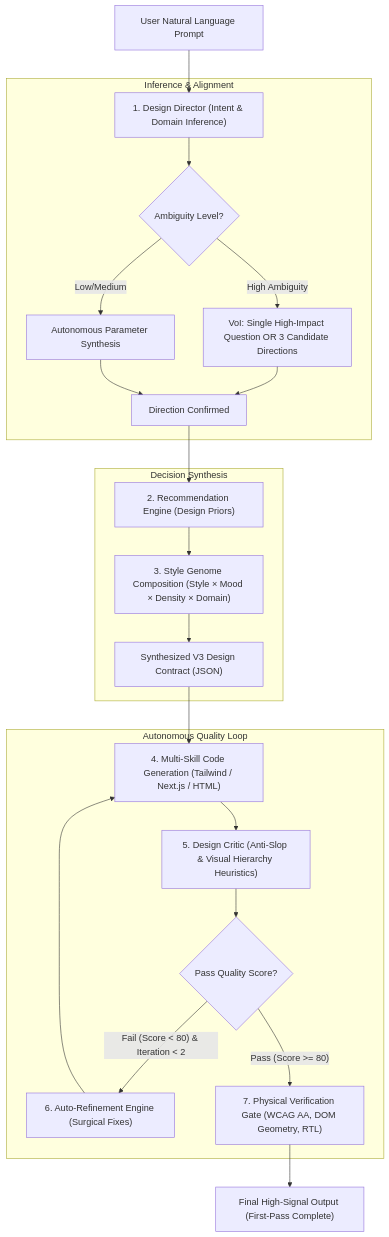
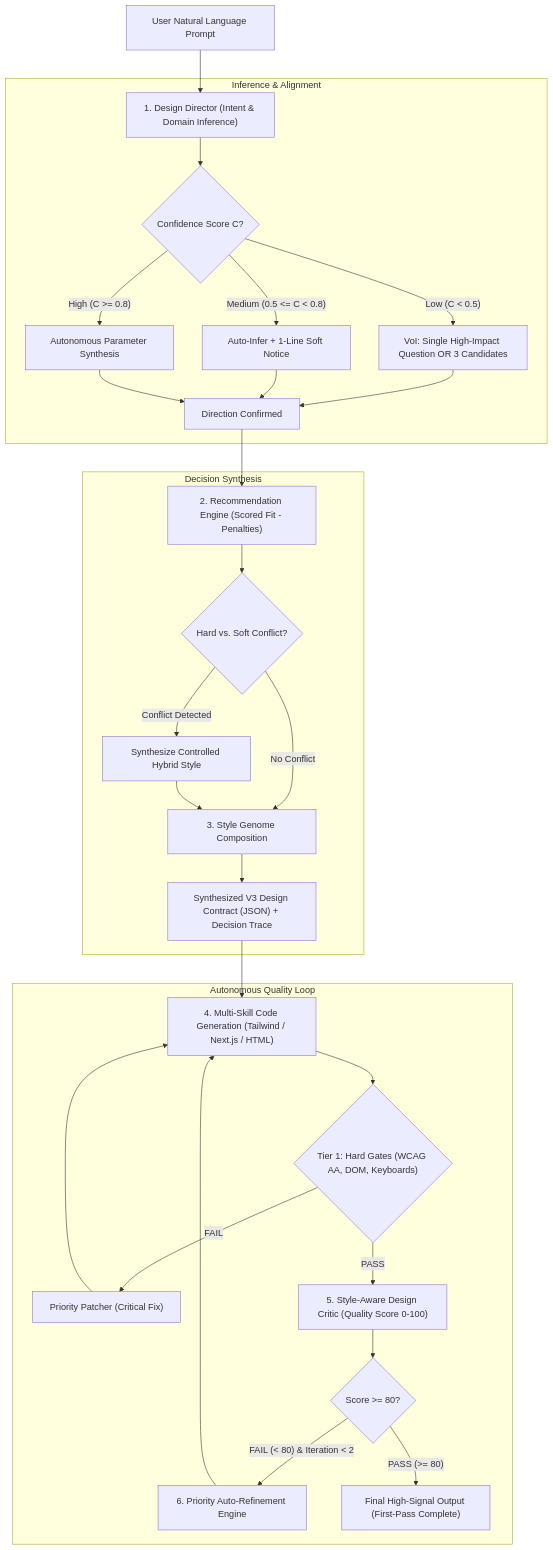
The diagram in docs/ROADMAP_V3_DESIGN_INTELLIGENCE.md (omid-io/vibe-ui-skills), drawn with Mermaid before and after one commit. The commit also changed other lines of this file and 3 other files, not shown here.

Commit message:
docs(v3): consolidate all V3 specifications into single unified master architecture

````diff
--- a/docs/ROADMAP_V3_DESIGN_INTELLIGENCE.md
+++ b/docs/ROADMAP_V3_DESIGN_INTELLIGENCE.md
@@ -23,31 +34,38 @@
 ```mermaid
 graph TD
     UserPrompt["User Natural Language Prompt"] --> DesignDirector["1. Design Director (Intent & Domain Inference)"]
     
     subgraph DirectorPhase ["Inference & Alignment"]
-        DesignDirector --> AmbiguityCheck{"Ambiguity Level?"}
-        AmbiguityCheck -- "High Ambiguity" --> VoIClarification["VoI: Single High-Impact Question OR 3 Candidate Directions"]
-        AmbiguityCheck -- "Low/Medium" --> AutoInference["Autonomous Parameter Synthesis"]
+        DesignDirector --> ConfidenceCheck{"Confidence Score C?"}
+        ConfidenceCheck -- "High (C >= 0.8)" --> AutoInference["Autonomous Parameter Synthesis"]
+        ConfidenceCheck -- "Medium (0.5 <= C < 0.8)" --> SoftConfirm["Auto-Infer + 1-Line Soft Notice"]
+        ConfidenceCheck -- "Low (C < 0.5)" --> VoIClarification["VoI: Single High-Impact Question OR 3 Candidates"]
         VoIClarification --> CandidateSelected["Direction Confirmed"]
+        SoftConfirm --> CandidateSelected
         AutoInference --> CandidateSelected
     end
 
-    CandidateSelected --> RecommendationEngine["2. Recommendation Engine (Design Priors)"]
+    CandidateSelected --> RecommendationEngine["2. Recommendation Engine (Scored Fit - Penalties)"]
 
     subgraph DecisionPhase ["Decision Synthesis"]
-        RecommendationEngine --> StyleGenome["3. Style Genome Composition (Style × Mood × Density × Domain)"]
-        StyleGenome --> TokenAndLayoutSpec["Synthesized V3 Design Contract (JSON)"]
+        RecommendationEngine --> ConflictResolver{"Hard vs. Soft Conflict?"}
+        ConflictResolver -- "Conflict Detected" --> ControlledHybrid["Synthesize Controlled Hybrid Style"]
+        ConflictResolver -- "No Conflict" --> StyleGenome["3. Style Genome Composition"]
+        ControlledHybrid --> StyleGenome
+        StyleGenome --> TokenAndLayoutSpec["Synthesized V3 Design Contract (JSON) + Decision Trace"]
     end
 
     TokenAndLayoutSpec --> CodeGeneration["4. Multi-Skill Code Generation (Tailwind / Next.js / HTML)"]
 
     subgraph CritiquePhase ["Autonomous Quality Loop"]
-        CodeGeneration --> DesignCritic["5. Design Critic (Anti-Slop & Visual Hierarchy Heuristics)"]
-        DesignCritic --> CritiqueDecision{"Pass Quality Score?"}
-        CritiqueDecision -- "Fail (Score < 80) & Iteration < 2" --> AutoRefiner["6. Auto-Refinement Engine (Surgical Fixes)"]
+        CodeGeneration --> Tier1Gates{"Tier 1: Hard Gates (WCAG AA, DOM, Keyboards)"}
+        Tier1Gates -- "FAIL" --> CriticalPatcher["Priority Patcher (Critical Fix)"]
+        CriticalPatcher --> CodeGeneration
+        Tier1Gates -- "PASS" --> DesignCritic["5. Style-Aware Design Critic (Quality Score 0-100)"]
+        
+        DesignCritic --> ScoreCheck{"Score >= 80?"}
+        ScoreCheck -- "FAIL (< 80) & Iteration < 2" --> AutoRefiner["6. Priority Auto-Refinement Engine"]
         AutoRefiner --> CodeGeneration
-        CritiqueDecision -- "Pass (Score >= 80)" --> PhysicalVerification["7. Physical Verification Gate (WCAG AA, DOM Geometry, RTL)"]
+        ScoreCheck -- "PASS (>= 80)" --> FinalDelivery["Final High-Signal Output (First-Pass Complete)"]
     end
-
-    PhysicalVerification --> FinalDelivery["Final High-Signal Output (First-Pass Complete)"]
 ```
````
